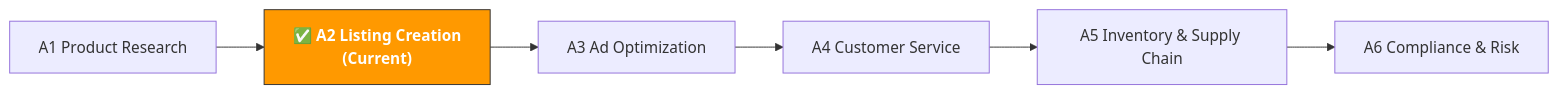
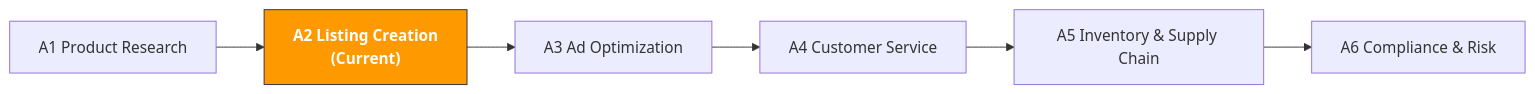
One commit to kangise/ecommerce-ai-roadmap changed the diagram in en/paths/a-operators/a2-listing-optimization.md. Above: the diagram before and after it, drawn with Mermaid. The commit also changed other lines of this file and 185 other files, not shown here.

````diff
--- a/en/paths/a-operators/a2-listing-optimization.md
+++ b/en/paths/a-operators/a2-listing-optimization.md
@@ -13,15 +13,15 @@
 ```mermaid
 flowchart LR
-    A1["A1 Product Research"]
-    A1 --> A2
-    A2["✅ A2 Listing Creation<br/>(Current)"]:::current
-    A2 --> A3
-    A3["A3 Ad Optimization"]
-    A3 --> A4
-    A4["A4 Customer Service"]
-    A4 --> A5
-    A5["A5 Inventory & Supply Chain"]
-    A5 --> A6
-    A6["A6 Compliance & Risk"]
-    classDef current fill:#ff9900,stroke:#333,color:#fff,font-weight:bold
+A1["A1 Product Research"]
+A1 --> A2
+A2[" A2 Listing Creation<br/>(Current)"]:::current
+A2 --> A3
+A3["A3 Ad Optimization"]
+A3 --> A4
+A4["A4 Customer Service"]
+A4 --> A5
+A5["A5 Inventory & Supply Chain"]
+A5 --> A6
+A6["A6 Compliance & Risk"]
+classDef current fill:#ff9900,stroke:#333,color:#fff,font-weight:bold
 ```
````
